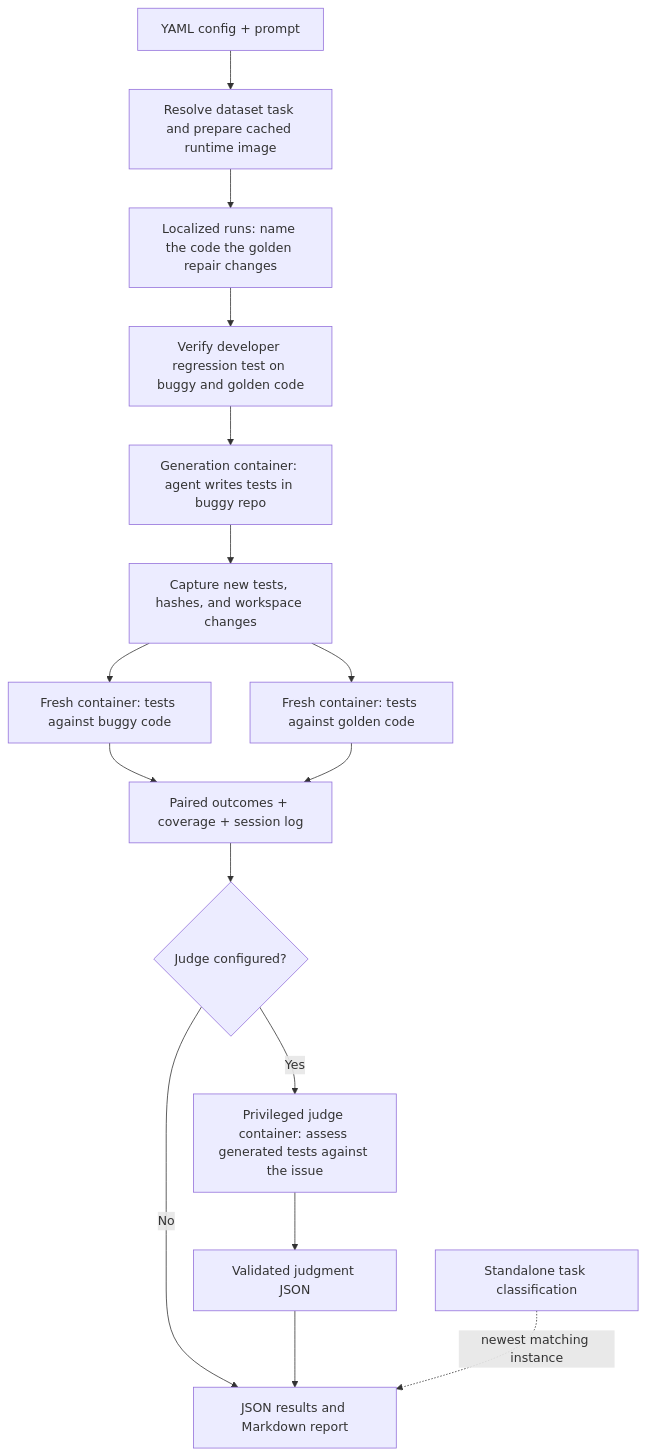
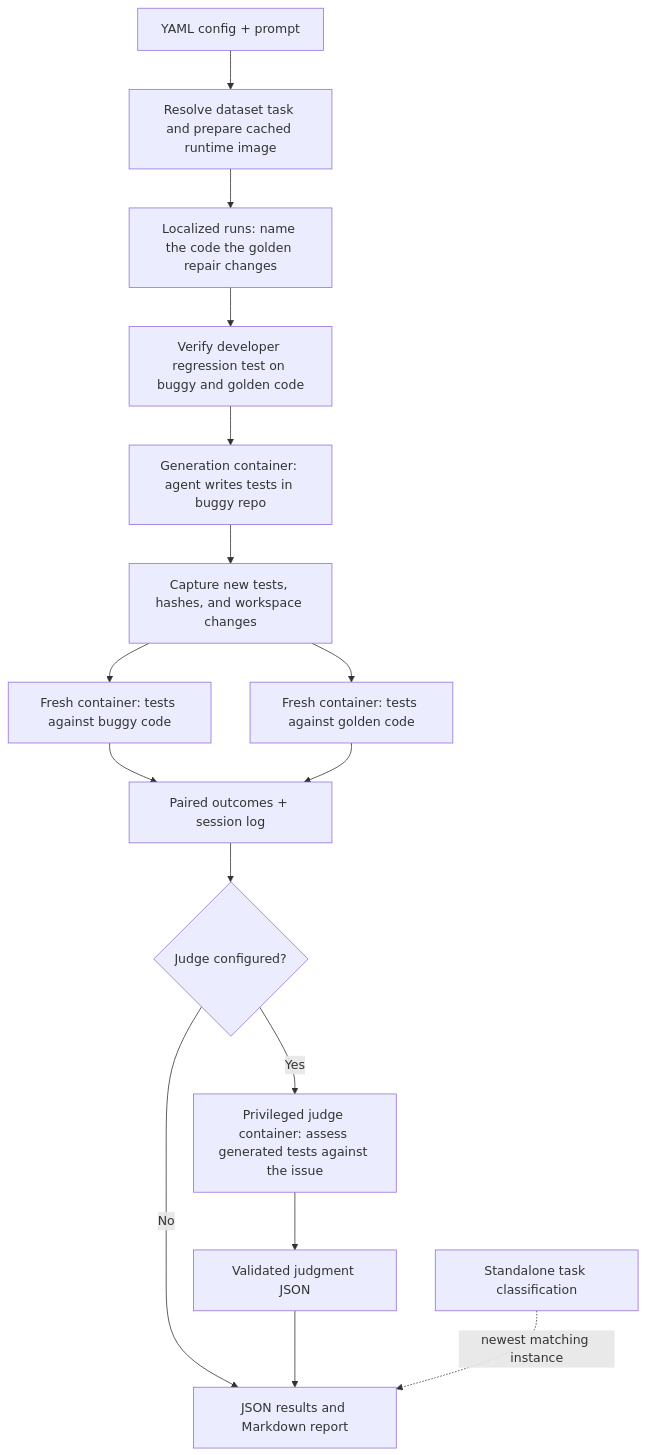
The diagram in README.md (DRAGNLabs/oracle-lab), drawn with Mermaid before and after one commit. The commit also changed other lines of this file and 31 other files, not shown here.

````diff
--- a/README.md
+++ b/README.md
@@ -50,18 +50,18 @@
 ```mermaid
 flowchart TD
     Config["YAML config + prompt"] --> Prepare["Resolve dataset task and prepare cached runtime image"]
     Prepare --> Localize["Localized runs: name the code the golden repair changes"]
     Localize --> Reference["Verify developer regression test on buggy and golden code"]
     Reference --> Agent["Generation container: agent writes tests in buggy repo"]
     Agent --> Capture["Capture new tests, hashes, and workspace changes"]
     Capture --> Buggy["Fresh container: tests against buggy code"]
     Capture --> Golden["Fresh container: tests against golden code"]
-    Buggy --> Results["Paired outcomes + coverage + session log"]
+    Buggy --> Results["Paired outcomes + session log"]
     Golden --> Results
     Results --> JudgeEnabled{"Judge configured?"}
     JudgeEnabled -- Yes --> Judge["Privileged judge container: assess generated tests against the issue"]
     JudgeEnabled -- No --> Report["JSON results and Markdown report"]
     Judge --> Judgment["Validated judgment JSON"]
     Judgment --> Report
     Classification["Standalone task classification"] -. newest matching instance .-> Report
 ```
````
